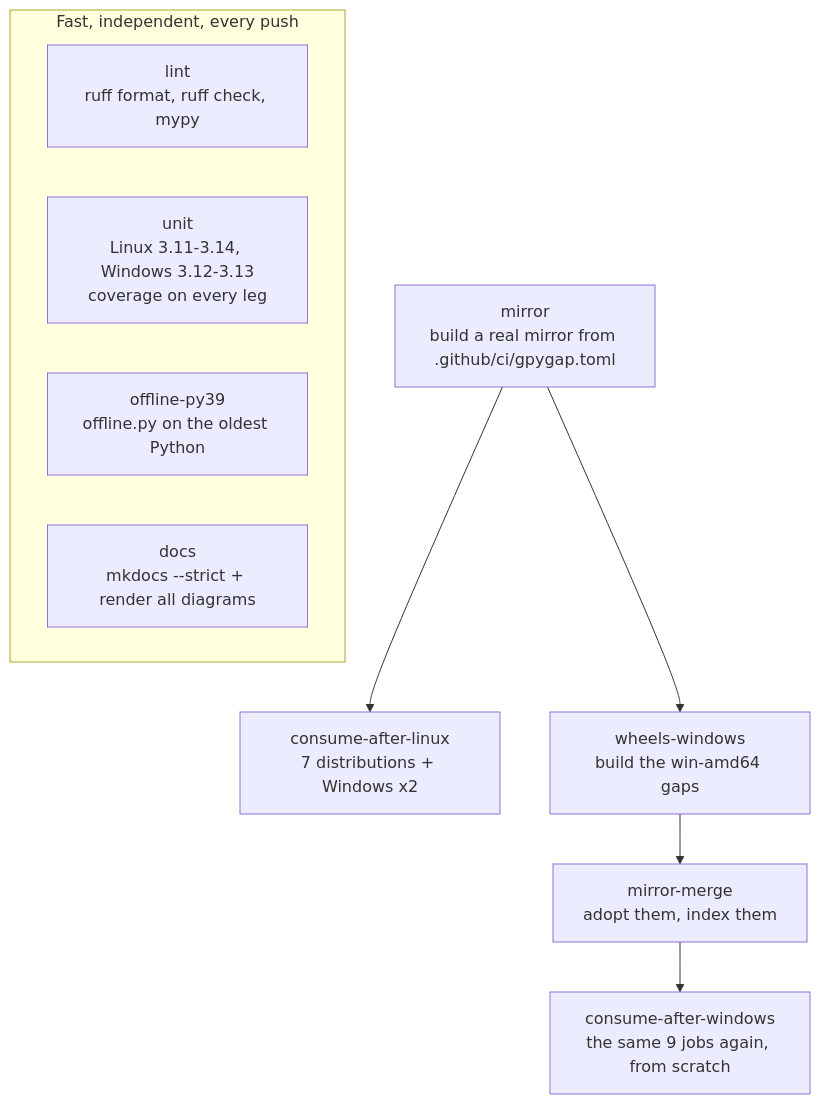
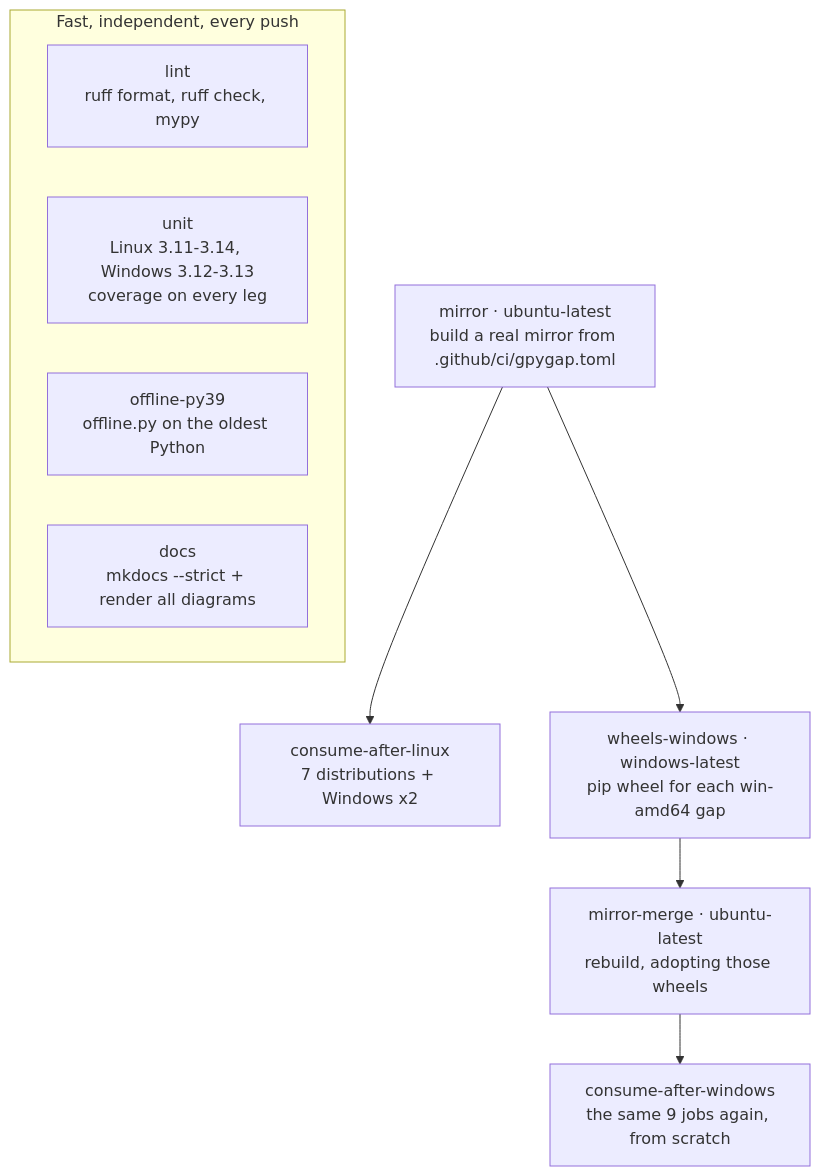
One commit to FPGArtktic/gpygap changed the first of 3 diagrams in docs/ci.md. Above: the diagram before and after it, drawn with Mermaid. The commit also changed other lines of this file, not shown here.

First line of the commit message:
docs: say which runner builds the mirror, because both of them do

````diff
--- a/docs/ci.md
+++ b/docs/ci.md
@@ -14,14 +14,14 @@
 ```mermaid
 flowchart TD
     subgraph fast["Fast, independent, every push"]
         L["lint<br/>ruff format, ruff check, mypy"]
         U["unit<br/>Linux 3.11-3.14, Windows 3.12-3.13<br/>coverage on every leg"]
         O["offline-py39<br/>offline.py on the oldest Python"]
         D["docs<br/>mkdocs --strict + render all diagrams"]
     end
-    M["mirror<br/>build a real mirror from .github/ci/gpygap.toml"]
+    M["mirror · ubuntu-latest<br/>build a real mirror from .github/ci/gpygap.toml"]
     M --> CA["consume-after-linux<br/>7 distributions + Windows x2"]
-    M --> W["wheels-windows<br/>build the win-amd64 gaps"]
-    W --> MM["mirror-merge<br/>adopt them, index them"]
+    M --> W["wheels-windows · windows-latest<br/>pip wheel for each win-amd64 gap"]
+    W --> MM["mirror-merge · ubuntu-latest<br/>rebuild, adopting those wheels"]
     MM --> CB["consume-after-windows<br/>the same 9 jobs again, from scratch"]
 ```
````
